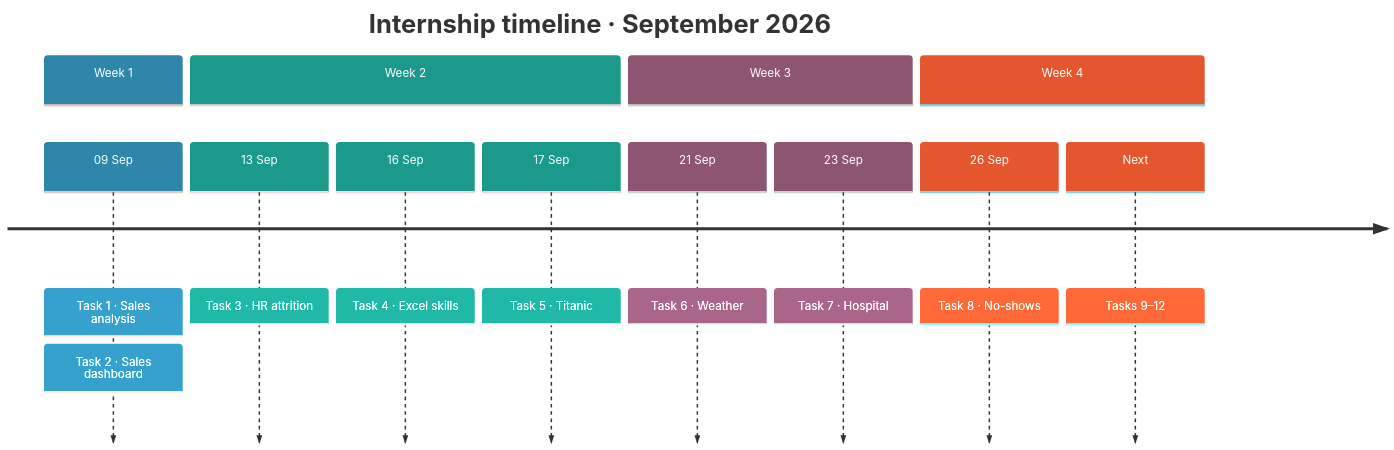
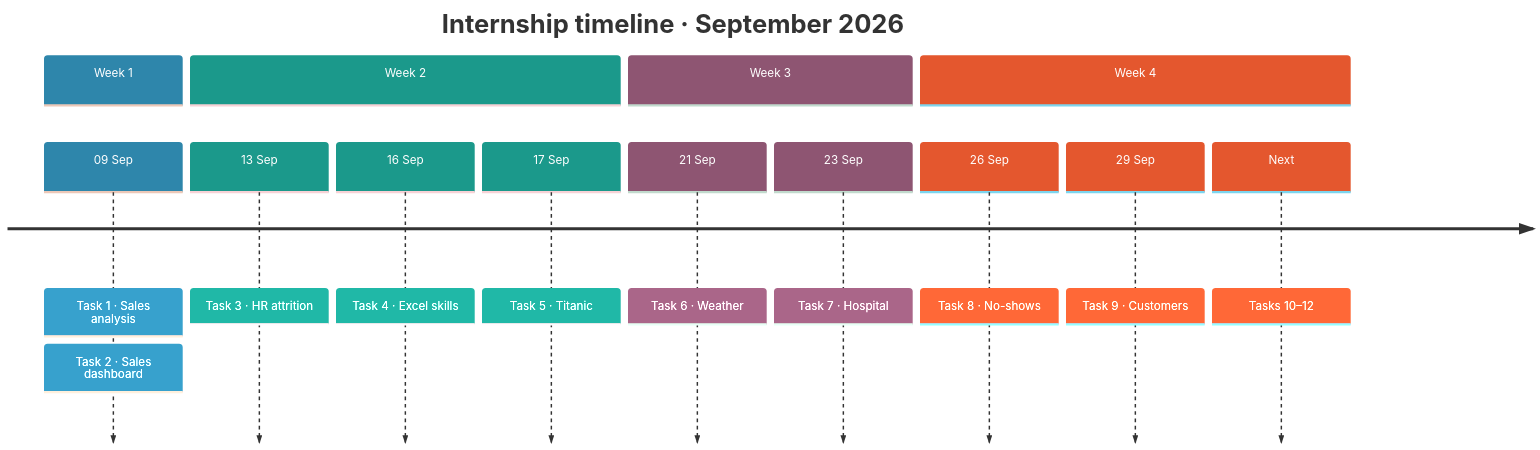
The first of 2 diagrams in README.md (Nahla-Nabil/data-analyst-tasks), drawn with Mermaid before and after one commit. The commit also changed other lines of this file and 7 other files, not shown here.

Commit message:
README: add Task 9 (customer data analysis) - at-a-glance row, timeline, task card, 9/12 progress

````diff
--- a/README.md
+++ b/README.md
@@ -60,17 +60,18 @@
 ```mermaid
 %%{init: {'theme':'base','themeVariables':{'cScale0':'#2E86AB','cScale1':'#1B998B','cScale2':'#8E5572','cScale3':'#E4572E','cScaleLabel0':'#ffffff','cScaleLabel1':'#ffffff','cScaleLabel2':'#ffffff','cScaleLabel3':'#ffffff'}}}%%
 timeline
     title Internship timeline · September 2026
     section Week 1
         09 Sep : Task 1 · Sales analysis : Task 2 · Sales dashboard
     section Week 2
         13 Sep : Task 3 · HR attrition
         16 Sep : Task 4 · Excel skills
         17 Sep : Task 5 · Titanic
     section Week 3
         21 Sep : Task 6 · Weather
         23 Sep : Task 7 · Hospital
     section Week 4
         26 Sep : Task 8 · No-shows
-        Next : Tasks 9–12
+        29 Sep : Task 9 · Customers
+        Next : Tasks 10–12
 ```
````
